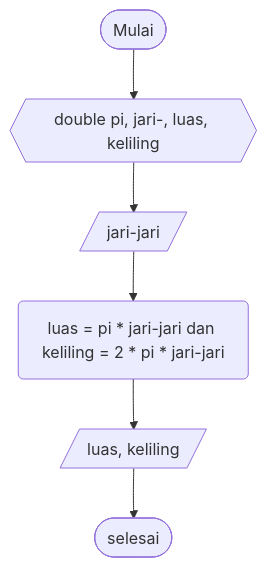
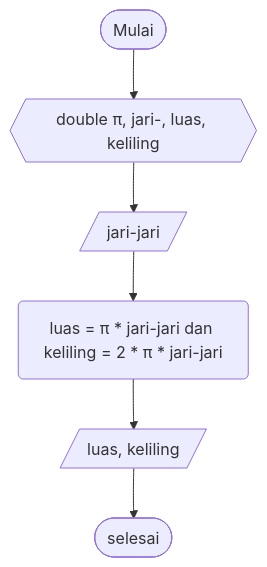
One commit to ValSyacy/latihan4 changed the second of 3 diagrams in readme.md. Above: the diagram before and after it, drawn with Mermaid. The commit also changed other lines of this file and 1 other file, not shown here.

````diff
--- a/readme.md
+++ b/readme.md
@@ -63,8 +64,8 @@
 ```mermaid
 flowchart TD;
-    A([Mulai])-->B{{double pi, jari-, luas, keliling}}
+    A([Mulai])-->B{{double π, jari-, luas, keliling}}
     B-->C[/jari-jari/]
-    C-->D(luas = pi * jari-jari dan keliling = 2 * pi * jari-jari)
+    C-->D(luas = π * jari-jari dan keliling = 2 * π * jari-jari)
     D-->E[/luas, keliling/]
     E-->F([selesai])
 ```
````
